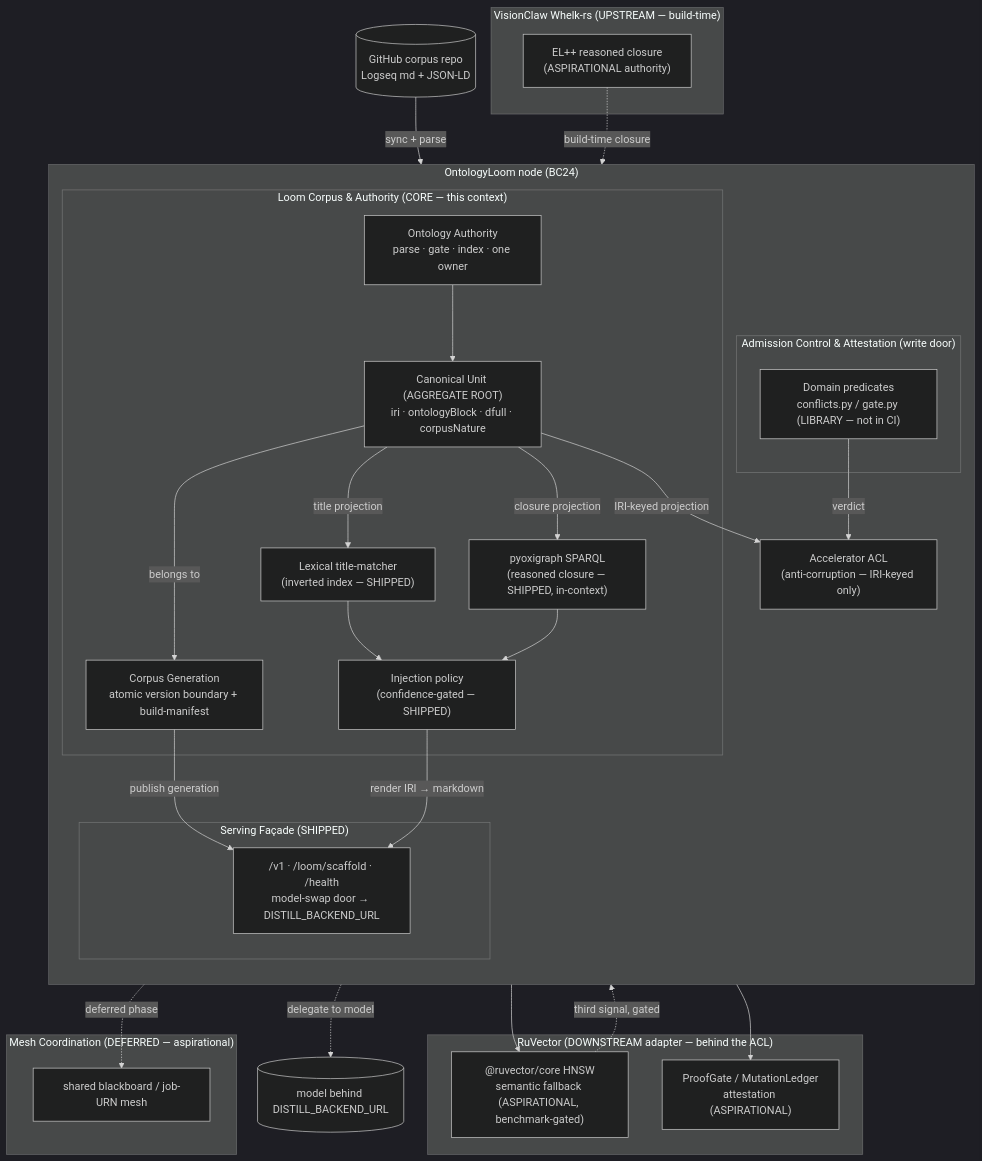
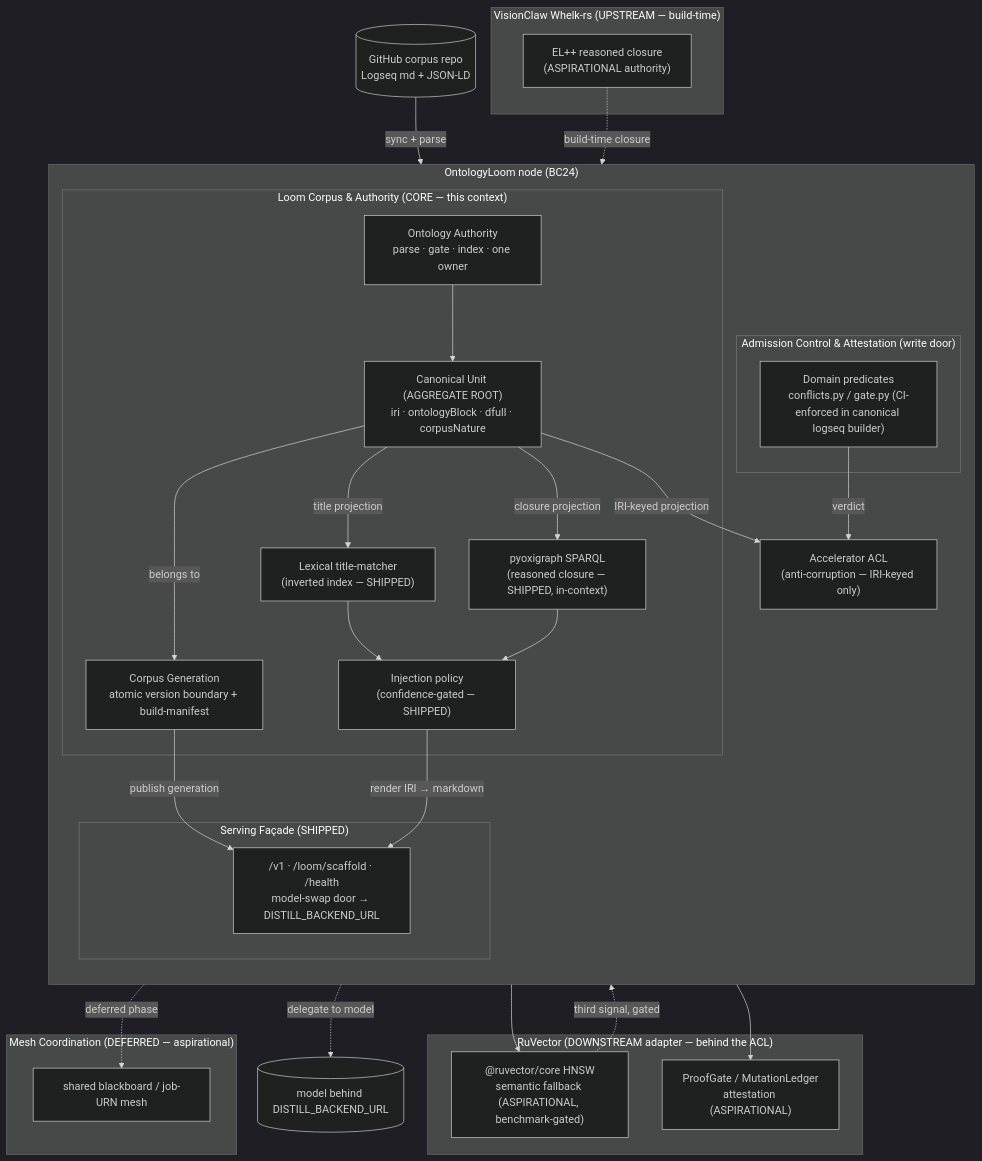
One commit to DreamLab-AI/loom changed the diagram in docs/design/ddd-ontology-loom-context.md. Above: the diagram before and after it, drawn with Mermaid (dark theme). The commit also changed other lines of this file and 1 other file, not shown here.

````diff
--- a/docs/design/ddd-ontology-loom-context.md
+++ b/docs/design/ddd-ontology-loom-context.md
@@ -123,58 +123,58 @@
 ```mermaid
 graph TD
     GH[("GitHub corpus repo<br/>Logseq md + JSON-LD")]
 
     subgraph LOOM["OntologyLoom node (BC24)"]
       direction TB
 
       subgraph CORE["Loom Corpus & Authority (CORE — this context)"]
         CU["Canonical Unit (AGGREGATE ROOT)<br/>iri · ontologyBlock · dfull · corpusNature"]
         OA["Ontology Authority<br/>parse · gate · index · one owner"]
         CG["Corpus Generation<br/>atomic version boundary + build-manifest"]
         LEX["Lexical title-matcher<br/>(inverted index — SHIPPED)"]
         OX["pyoxigraph SPARQL<br/>(reasoned closure — SHIPPED, in-context)"]
         POL["Injection policy<br/>(confidence-gated — SHIPPED)"]
       end
 
       subgraph FACADE["Serving Façade (SHIPPED)"]
         F["/v1 · /loom/scaffold · /health<br/>model-swap door → DISTILL_BACKEND_URL"]
       end
 
       subgraph GATE["Admission Control & Attestation (write door)"]
-        PRED["Domain predicates<br/>conflicts.py / gate.py (LIBRARY — not in CI)"]
+        PRED["Domain predicates<br/>conflicts.py / gate.py (CI-enforced in canonical logseq builder)"]
       end
 
       ACL["Accelerator ACL<br/>(anti-corruption — IRI-keyed only)"]
     end
 
     subgraph WHELK["VisionClaw Whelk-rs (UPSTREAM — build-time)"]
       RZ["EL++ reasoned closure<br/>(ASPIRATIONAL authority)"]
     end
 
     subgraph RV["RuVector (DOWNSTREAM adapter — behind the ACL)"]
       HNSW["@ruvector/core HNSW<br/>semantic fallback (ASPIRATIONAL, benchmark-gated)"]
       PG["ProofGate<T> / MutationLedger<br/>attestation (ASPIRATIONAL)"]
     end
 
     subgraph MESH["Mesh Coordination (DEFERRED — aspirational)"]
       BB["shared blackboard / job-URN mesh"]
     end
 
     GH -->|sync + parse| OA
     RZ -.build-time closure.-> OA
     OA --> CU
     CU -->|belongs to| CG
     CU -->|title projection| LEX
     CU -->|closure projection| OX
     CU -->|IRI-keyed projection| ACL
     ACL --> HNSW
     PRED -->|verdict| ACL
     ACL --> PG
     CG -->|publish generation| F
     LEX --> POL
     OX --> POL
     HNSW -.third signal, gated.-> POL
     POL -->|render IRI → markdown| F
     F -.delegate to model.-> DIST[("model behind DISTILL_BACKEND_URL")]
     CU -.deferred phase.-> BB
 ```
````
